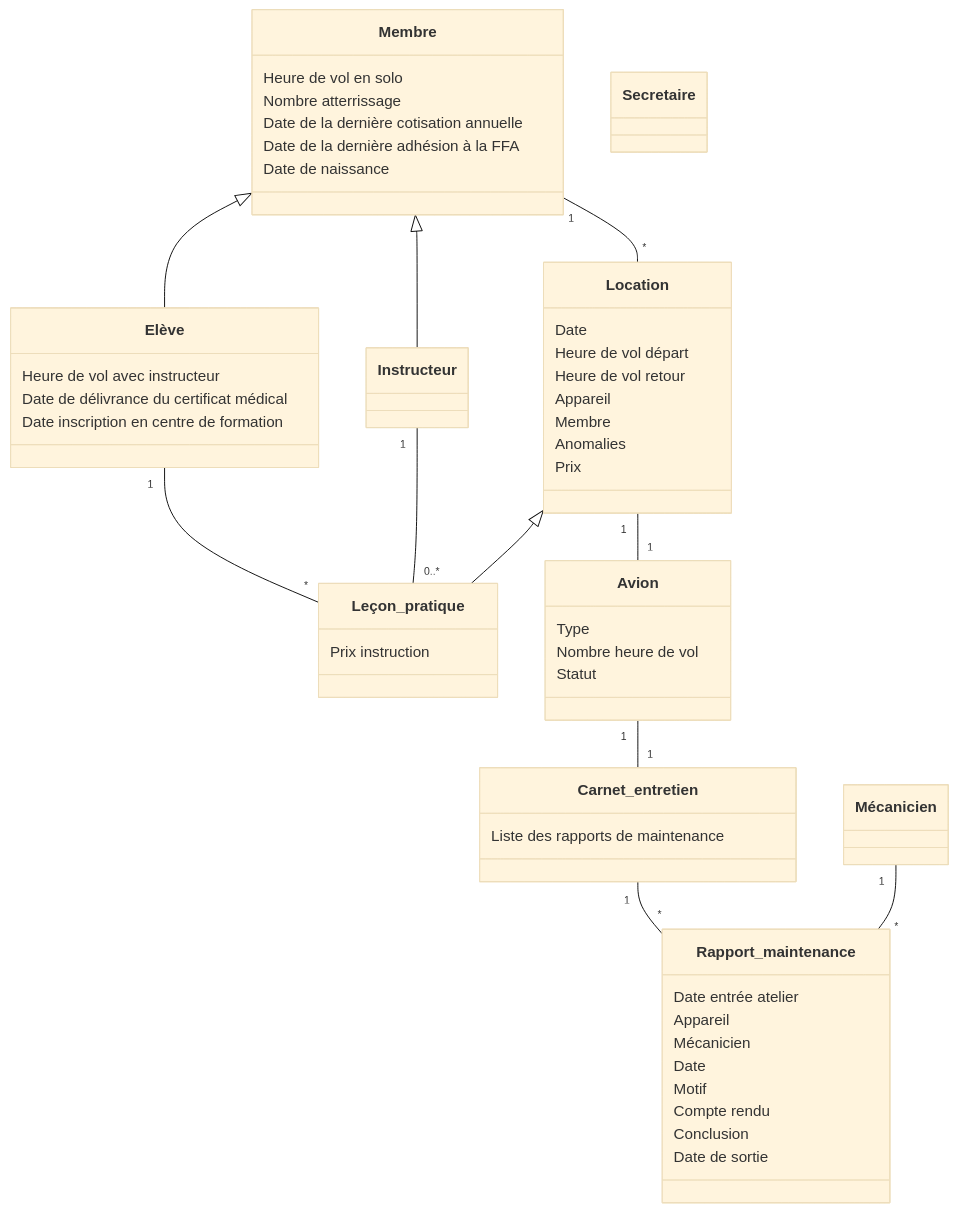
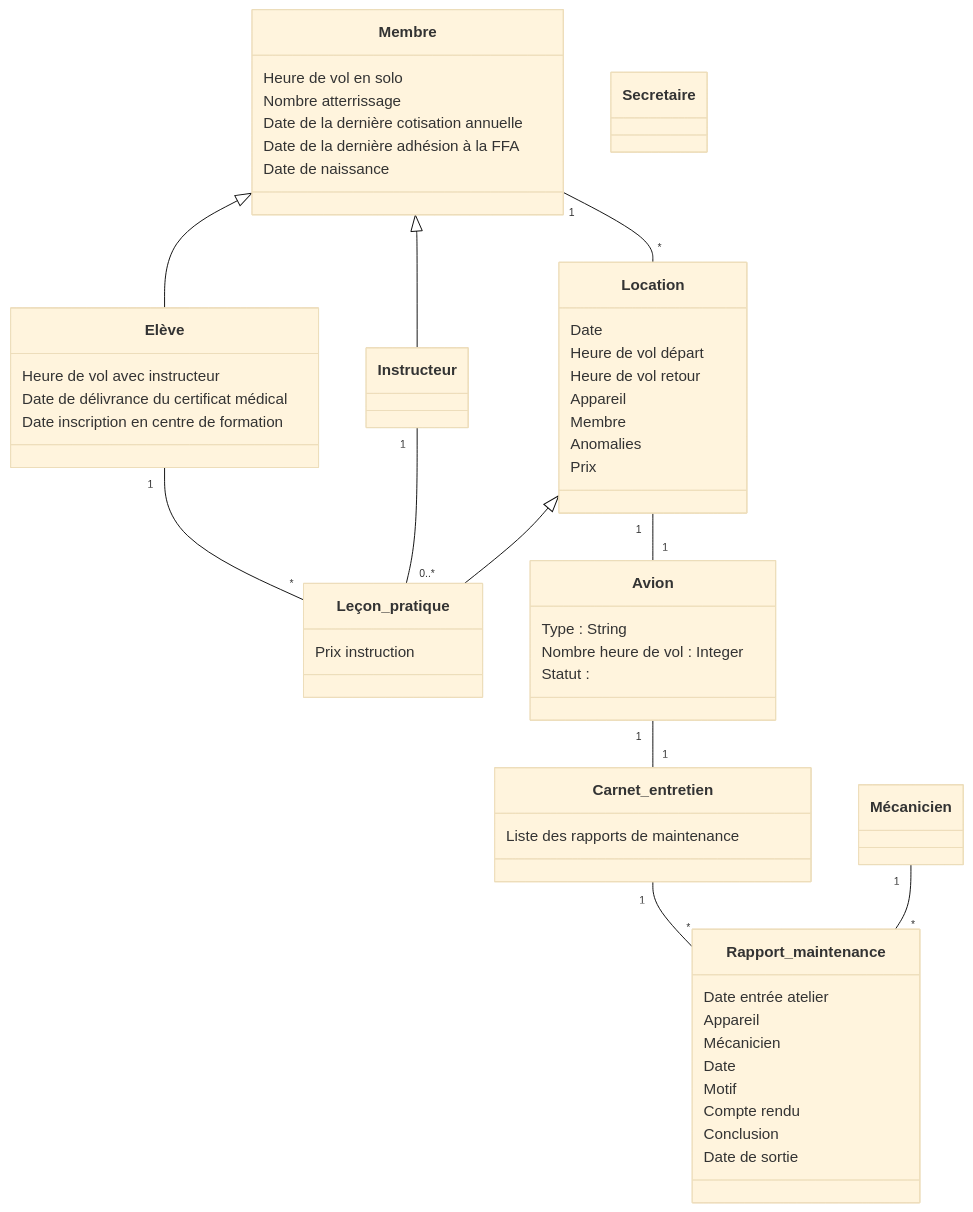
One commit to Wakayo-Quozorox/aero-UML changed the diagram in Representation_conceptuelle.md. Above: the diagram before and after it, drawn with Mermaid (base theme). The commit also changed 2 other files, not shown here.

Commit message:
[UML] Modélisation conceptuelle et Scénario des cas d'usage

````diff
--- a/Representation_conceptuelle.md
+++ b/Representation_conceptuelle.md
@@ -9,67 +9,67 @@
 ```mermaid
 classDiagram
 
 Membre <|-- Elève
 Membre <|-- Instructeur
 Location <|-- Leçon_pratique
 
 Instructeur "1" -- "0..*" Leçon_pratique
 Elève "1" -- "*" Leçon_pratique
 Location "1" -- "1" Avion
 Avion "1" -- "1" Carnet_entretien
 Mécanicien "1" -- "*" Rapport_maintenance
 Carnet_entretien "1" -- "*" Rapport_maintenance
 Membre "1" -- "*" Location
 
 class Avion {
-    Type
-    Nombre heure de vol
-    Statut
+    Type : String
+    Nombre heure de vol : Integer
+    Statut : 
 }
 
 class Elève {
     Heure de vol avec instructeur
     Date de délivrance du certificat médical
     Date inscription en centre de formation
 }
 
 class Membre {
     Heure de vol en solo
     Nombre atterrissage
     Date de la dernière cotisation annuelle
     Date de la dernière adhésion à la FFA
     Date de naissance
 }
 
 class Secretaire
 
 class Carnet_entretien {
     Liste des rapports de maintenance
 }
 
 class Rapport_maintenance {
     Date entrée atelier
     Appareil
     Mécanicien
     Date
     Motif
     Compte rendu
     Conclusion
     Date de sortie
 }
 
 class Location {
     Date
     Heure de vol départ
     Heure de vol retour
     Appareil
     Membre
     Anomalies
     Prix
 }
 
 class Leçon_pratique {
     Prix instruction
 }
 
 ```
````
